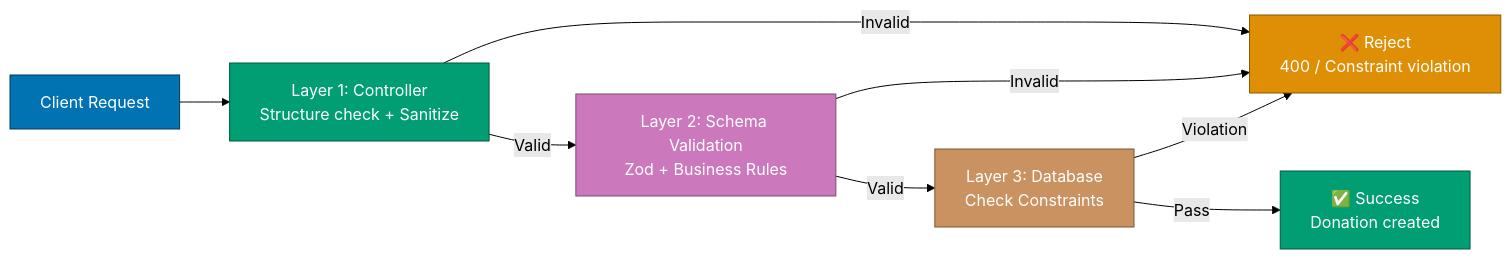
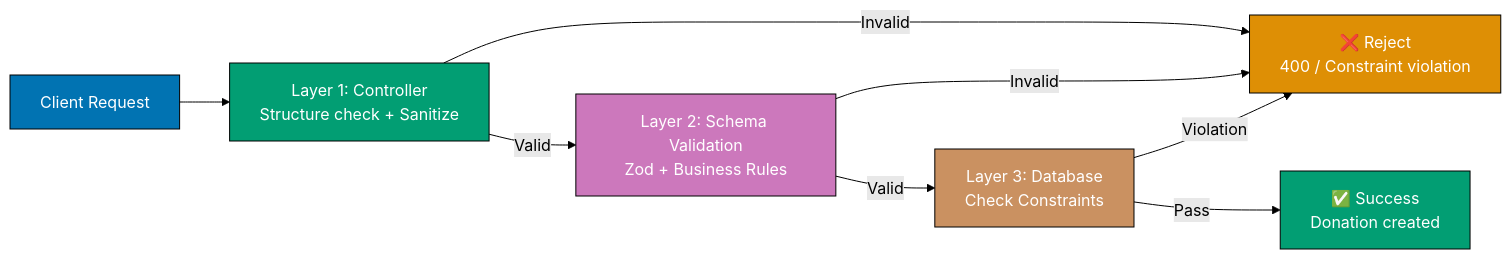
The first of 3 diagrams in docs/explanation/software-engineering/programming-languages/typescript/security.md (wahidyankf/open-sharia-enterprise), drawn with Mermaid (forest theme) before and after one commit. The commit also changed 13 other files, not shown here.

````diff
--- a/docs/explanation/software-engineering/programming-languages/typescript/security.md
+++ b/docs/explanation/software-engineering/programming-languages/typescript/security.md
@@ -142,23 +142,23 @@
 ```mermaid
 graph LR
     CLIENT[Client Request]:::blue
     L1["Layer 1: Controller<br/>Structure check + Sanitize"]:::teal
     L2["Layer 2: Schema Validation<br/>Zod + Business Rules"]:::purple
     L3["Layer 3: Database<br/>Check Constraints"]:::brown
     SUCCESS["✅ Success<br/>Donation created"]:::teal
     REJECT["❌ Reject<br/>400 / Constraint violation"]:::orange
 
     CLIENT --> L1
     L1 -->|Invalid| REJECT
     L1 -->|Valid| L2
     L2 -->|Invalid| REJECT
     L2 -->|Valid| L3
     L3 -->|Violation| REJECT
     L3 -->|Pass| SUCCESS
 
-    classDef blue fill:#0173B2,stroke:#023B5A,color:#FFF
-    classDef teal fill:#029E73,stroke:#01593F,color:#FFF
-    classDef purple fill:#CC78BC,stroke:#7A4871,color:#FFF
-    classDef brown fill:#CA9161,stroke:#7A5739,color:#FFF
-    classDef orange fill:#DE8F05,stroke:#8A5903,color:#FFF
+    classDef blue fill:#0173B2,stroke:#000000,color:#FFF
+    classDef teal fill:#029E73,stroke:#000000,color:#FFF
+    classDef purple fill:#CC78BC,stroke:#000000,color:#FFF
+    classDef brown fill:#CA9161,stroke:#000000,color:#FFF
+    classDef orange fill:#DE8F05,stroke:#000000,color:#FFF
 ```
````
